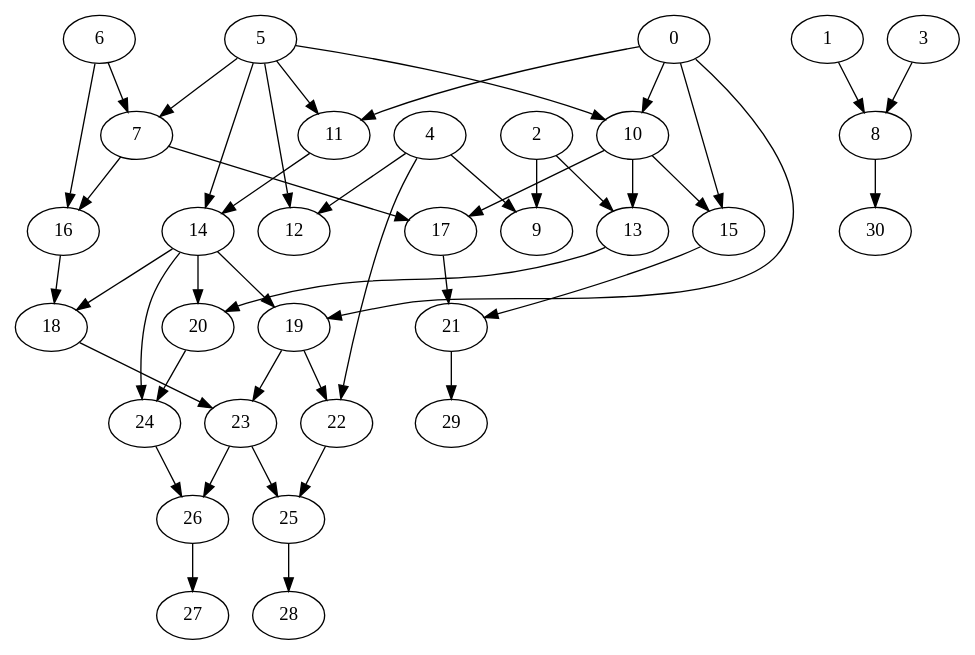
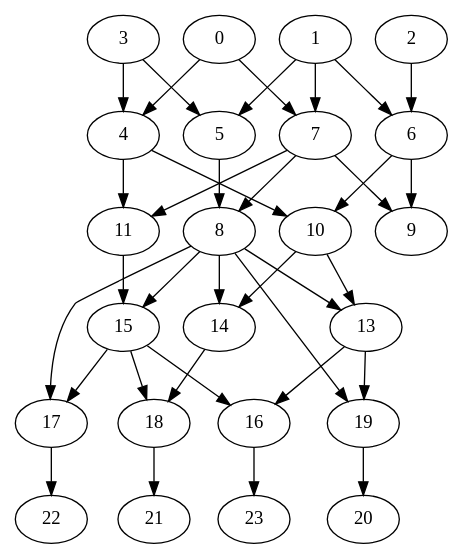
Before and after one commit to Ajax12345/protestGP: the diagram in test.dot, drawn with Graphviz. The commit also changed 16 other files, not shown here.

```diff
--- a/test.dot
+++ b/test.dot
@@ -1,77 +1,59 @@
 strict digraph "" {
 	0	[layer=1];
-	10	[layer=2];
-	0 -> 10;
-	11	[layer=2];
-	0 -> 11;
-	15	[layer=3];
-	0 -> 15;
-	19	[layer=4];
-	0 -> 19;
+	4	[layer=2];
+	0 -> 4;
+	7	[layer=2];
+	0 -> 7;
 	1	[layer=1];
-	8	[layer=2];
-	1 -> 8;
+	5	[layer=2];
+	1 -> 5;
+	6	[layer=2];
+	1 -> 6;
+	1 -> 7;
 	2	[layer=1];
-	9	[layer=2];
-	2 -> 9;
-	13	[layer=3];
-	2 -> 13;
+	2 -> 6;
 	3	[layer=1];
-	3 -> 8;
-	4	[layer=1];
-	4 -> 9;
-	12	[layer=2];
-	4 -> 12;
-	22	[layer=5];
-	4 -> 22;
-	5	[layer=1];
-	7	[layer=2];
-	5 -> 7;
-	5 -> 10;
-	5 -> 11;
-	5 -> 12;
-	14	[layer=3];
-	5 -> 14;
-	6	[layer=1];
-	6 -> 7;
-	16	[layer=3];
-	6 -> 16;
-	7 -> 16;
-	17	[layer=3];
-	7 -> 17;
-	30	[layer=7];
-	8 -> 30;
+	3 -> 4;
+	3 -> 5;
+	10	[layer=3];
+	4 -> 10;
+	11	[layer=3];
+	4 -> 11;
+	8	[layer=3];
+	5 -> 8;
+	9	[layer=3];
+	6 -> 9;
+	6 -> 10;
+	7 -> 8;
+	7 -> 9;
+	7 -> 11;
+	13	[layer=4];
+	8 -> 13;
+	14	[layer=4];
+	8 -> 14;
+	15	[layer=4];
+	8 -> 15;
+	17	[layer=5];
+	8 -> 17;
+	19	[layer=5];
+	8 -> 19;
 	10 -> 13;
-	10 -> 15;
-	10 -> 17;
-	11 -> 14;
-	20	[layer=4];
-	13 -> 20;
-	18	[layer=4];
+	10 -> 14;
+	11 -> 15;
+	16	[layer=5];
+	13 -> 16;
+	13 -> 19;
+	18	[layer=5];
 	14 -> 18;
-	14 -> 19;
-	14 -> 20;
-	24	[layer=5];
-	14 -> 24;
-	21	[layer=4];
-	15 -> 21;
-	16 -> 18;
-	17 -> 21;
-	23	[layer=5];
-	18 -> 23;
-	19 -> 22;
-	19 -> 23;
-	20 -> 24;
-	29	[layer=7];
-	21 -> 29;
-	25	[layer=6];
-	22 -> 25;
-	23 -> 25;
-	26	[layer=6];
-	23 -> 26;
-	24 -> 26;
-	28	[layer=7];
-	25 -> 28;
-	27	[layer=7];
-	26 -> 27;
+	15 -> 16;
+	15 -> 17;
+	15 -> 18;
+	23	[layer=6];
+	16 -> 23;
+	22	[layer=6];
+	17 -> 22;
+	21	[layer=6];
+	18 -> 21;
+	20	[layer=6];
+	19 -> 20;
 }
```
